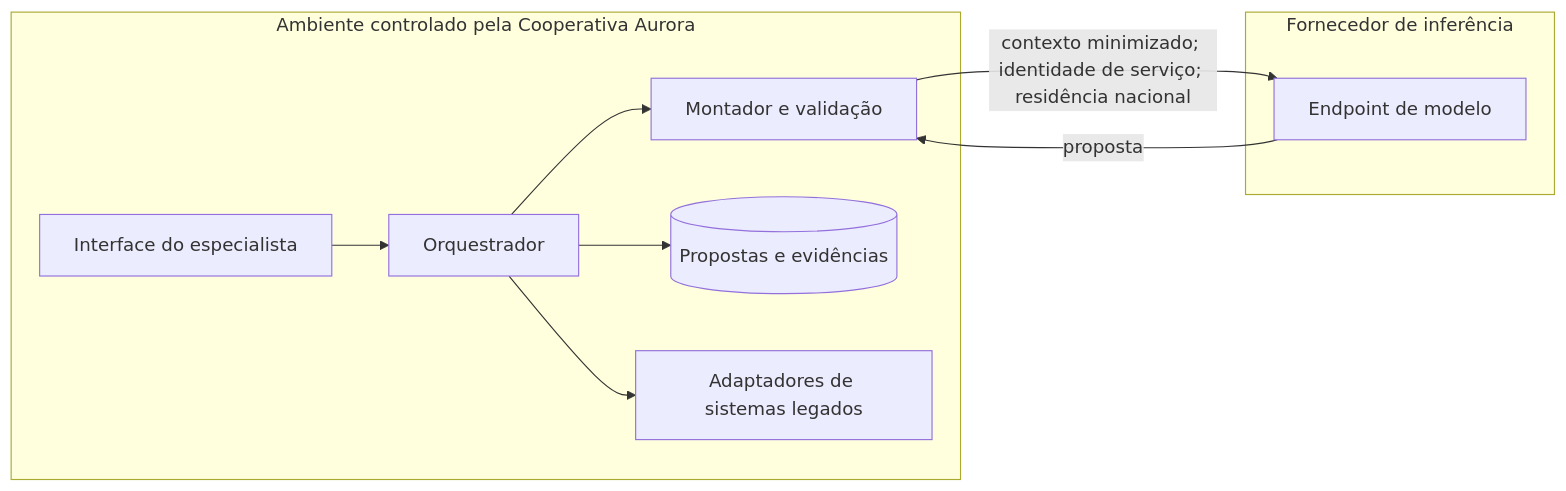
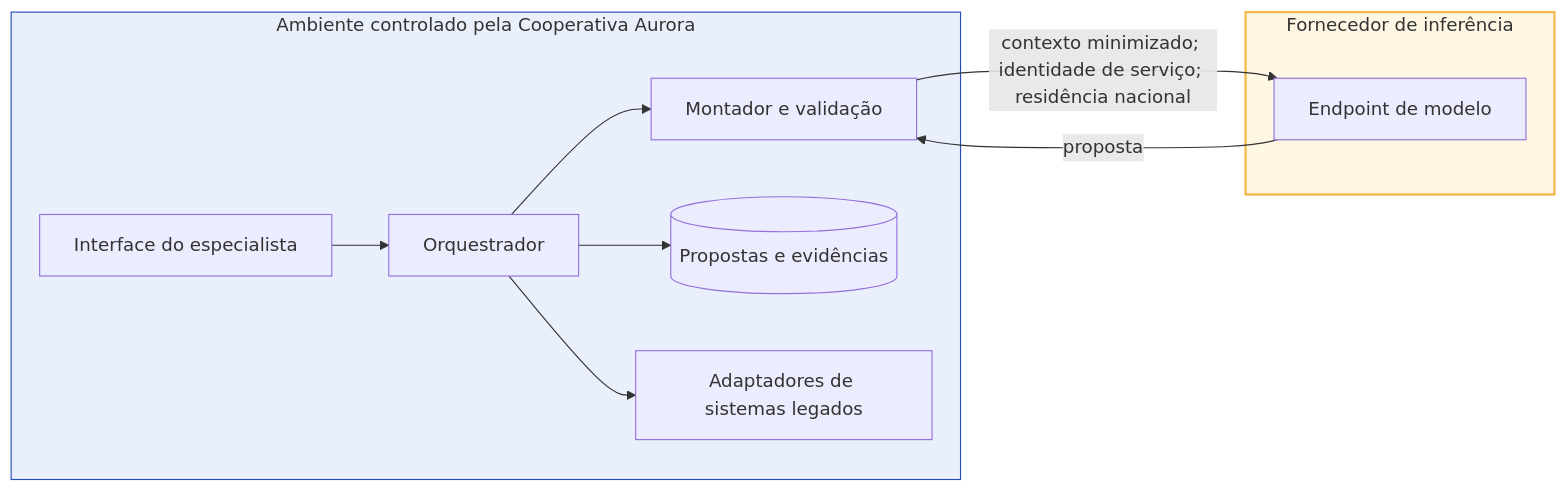
Before and after one commit to aulas-marco/arquitetura-solucoes-ia-generativa: the third of 3 diagrams in docs/modulo-2-desenho-conceitual/caso-aurora.md, drawn with Mermaid. The commit also changed other lines of this file and 3 other files, not shown here.

First line of the commit message:
Adiciona cores semânticas aos diagramas e explica as seções analíticas do exemplo arquitetural

````diff
--- a/docs/modulo-2-desenho-conceitual/caso-aurora.md
+++ b/docs/modulo-2-desenho-conceitual/caso-aurora.md
@@ -133,19 +142,22 @@
 ```mermaid
 flowchart LR
     subgraph COOP["Ambiente controlado pela Cooperativa Aurora"]
         UI[Interface do especialista]
         O[Orquestrador]
         M[Montador e validação]
         D[(Propostas e evidências)]
         AD[Adaptadores de sistemas legados]
         UI --> O
         O --> M
         O --> D
         O --> AD
     end
     subgraph F["Fornecedor de inferência"]
         I[Endpoint de modelo]
     end
     M -->|contexto minimizado; identidade de serviço; residência nacional| I
     I -->|proposta| M
+
+    style COOP fill:#EAF0FB,stroke:#254DB8,stroke-width:1px;
+    style F fill:#FFF7E3,stroke:#F2B84B,stroke-width:2px;
 ```
````
